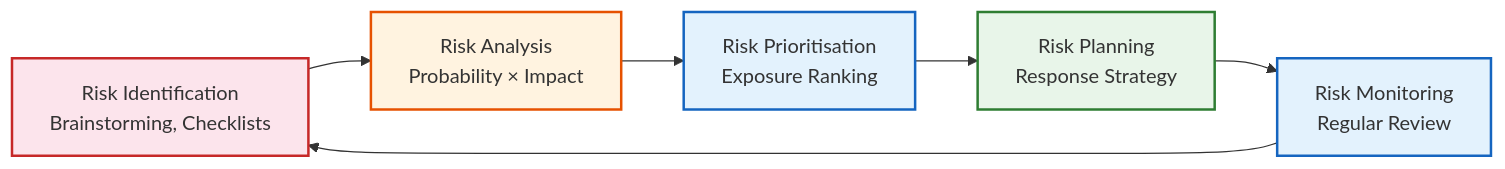
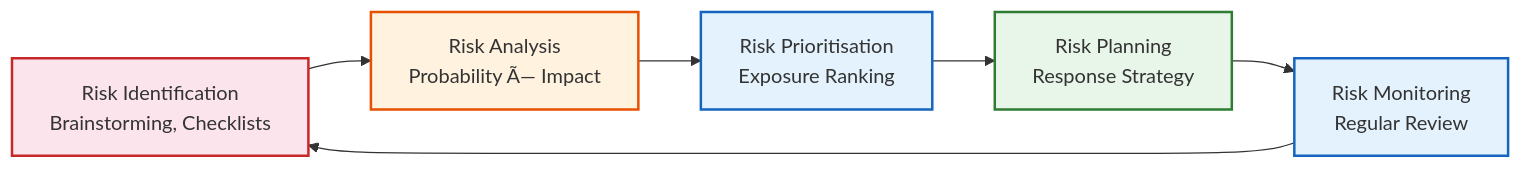
The fourth of 4 diagrams in docs/courses/software-engineering/08-project-management.md (Raushan666java/ai-engineering-journey), drawn with Mermaid before and after one commit. The commit also changed other lines of this file and 735 other files, not shown here.

````diff
--- a/docs/courses/software-engineering/08-project-management.md
+++ b/docs/courses/software-engineering/08-project-management.md
@@ -387,13 +387,13 @@
 ```mermaid
 graph LR
     classDef id fill:#fce4ec,stroke:#c62828,stroke-width:2px
     classDef an fill:#fff3e0,stroke:#e65100,stroke-width:2px
     classDef pr fill:#e3f2fd,stroke:#1565c0,stroke-width:2px
     classDef pl fill:#e8f5e9,stroke:#2e7d32,stroke-width:2px
 
-    ID[Risk Identification<br>Brainstorming, Checklists]:::id --> AN[Risk Analysis<br>Probability × Impact]:::an
+    ID[Risk Identification<br>Brainstorming, Checklists]:::id --> AN[Risk Analysis<br>Probability Ã— Impact]:::an
     AN --> PR[Risk Prioritisation<br>Exposure Ranking]:::pr
     PR --> PL[Risk Planning<br>Response Strategy]:::pl
     PL --> MO[Risk Monitoring<br>Regular Review]:::pr
     MO --> ID
 ```
````
